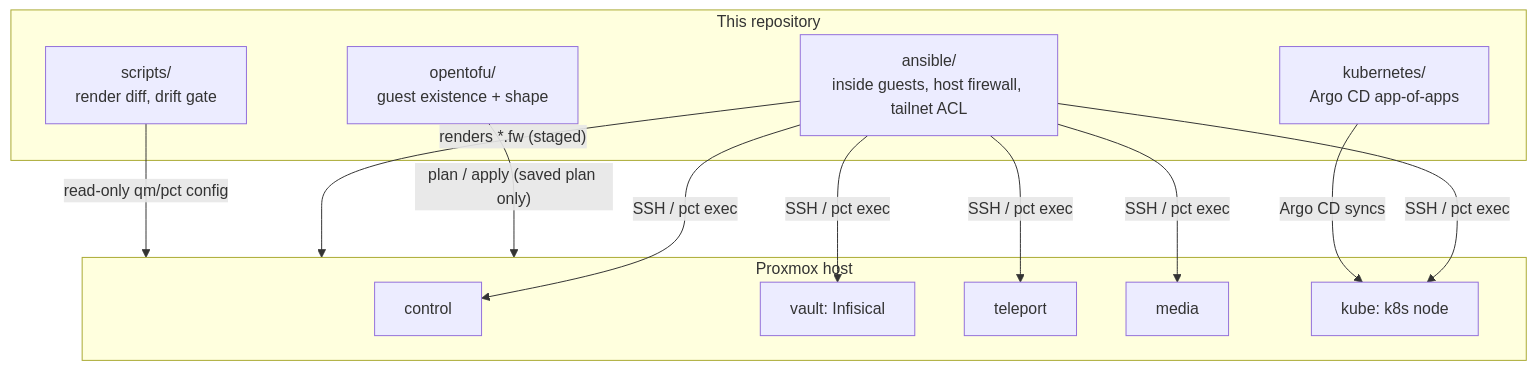
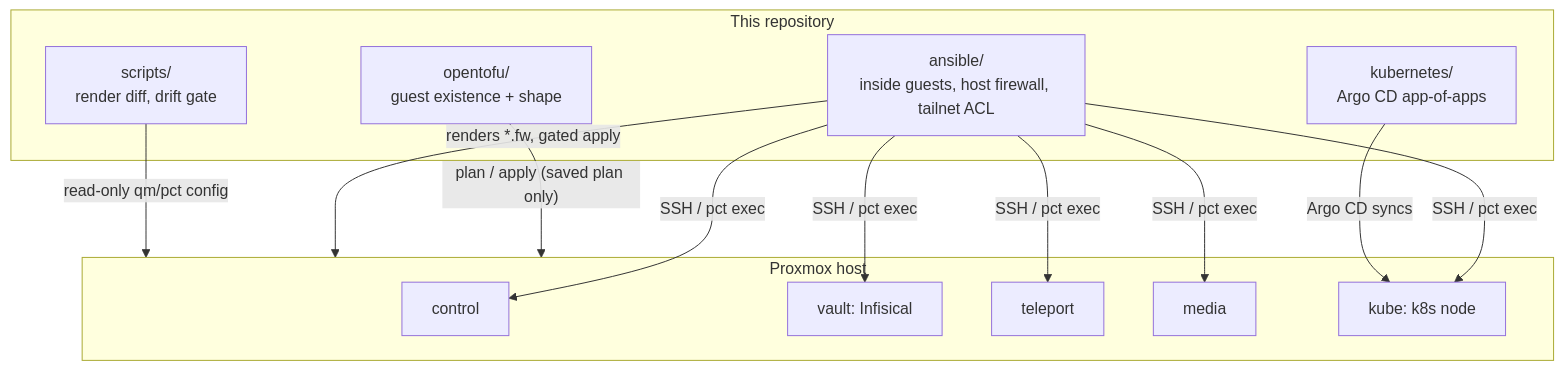
One commit to loafecho/homelab-as-code changed the diagram in README.md. Above: the diagram before and after it, drawn with Mermaid. The commit also changed other lines of this file and 73 other files, not shown here.

First line of the commit message:
Firewall rules match live listeners; gated apply, rollback switch, coverage test

````diff
--- a/README.md
+++ b/README.md
@@ -17,21 +17,21 @@
 ```mermaid
 flowchart TB
   subgraph repo[This repository]
     tofu[opentofu/<br/>guest existence + shape]
     ans[ansible/<br/>inside guests, host firewall, tailnet ACL]
     k8s[kubernetes/<br/>Argo CD app-of-apps]
     gates[scripts/<br/>render diff, drift gate]
   end
   subgraph pve[Proxmox host]
     control[control]
     vault[vault: Infisical]
     teleport[teleport]
     media[media]
     kube[kube: k8s node]
   end
   tofu -- "plan / apply (saved plan only)" --> pve
   ans -- "SSH / pct exec" --> control & vault & teleport & media & kube
-  ans -- "renders *.fw (staged)" --> pve
+  ans -- "renders *.fw, gated apply" --> pve
   k8s -- "Argo CD syncs" --> kube
   gates -- "read-only qm/pct config" --> pve
 ```
````
